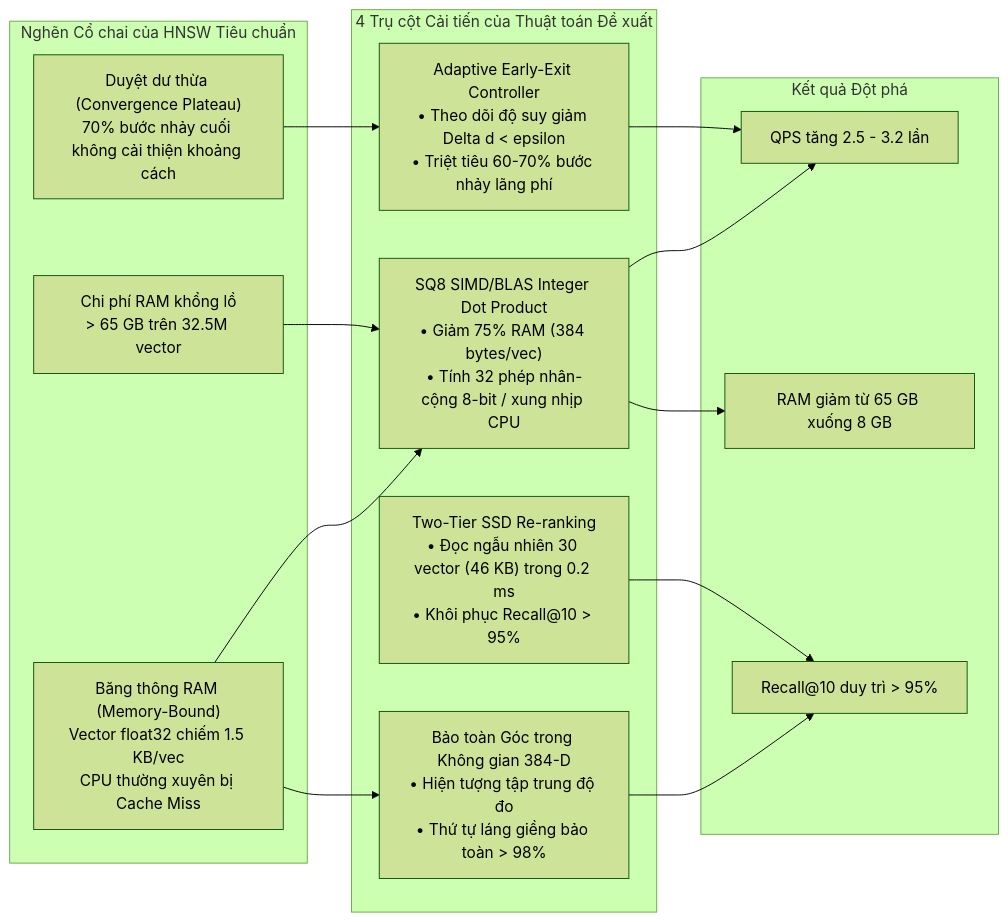
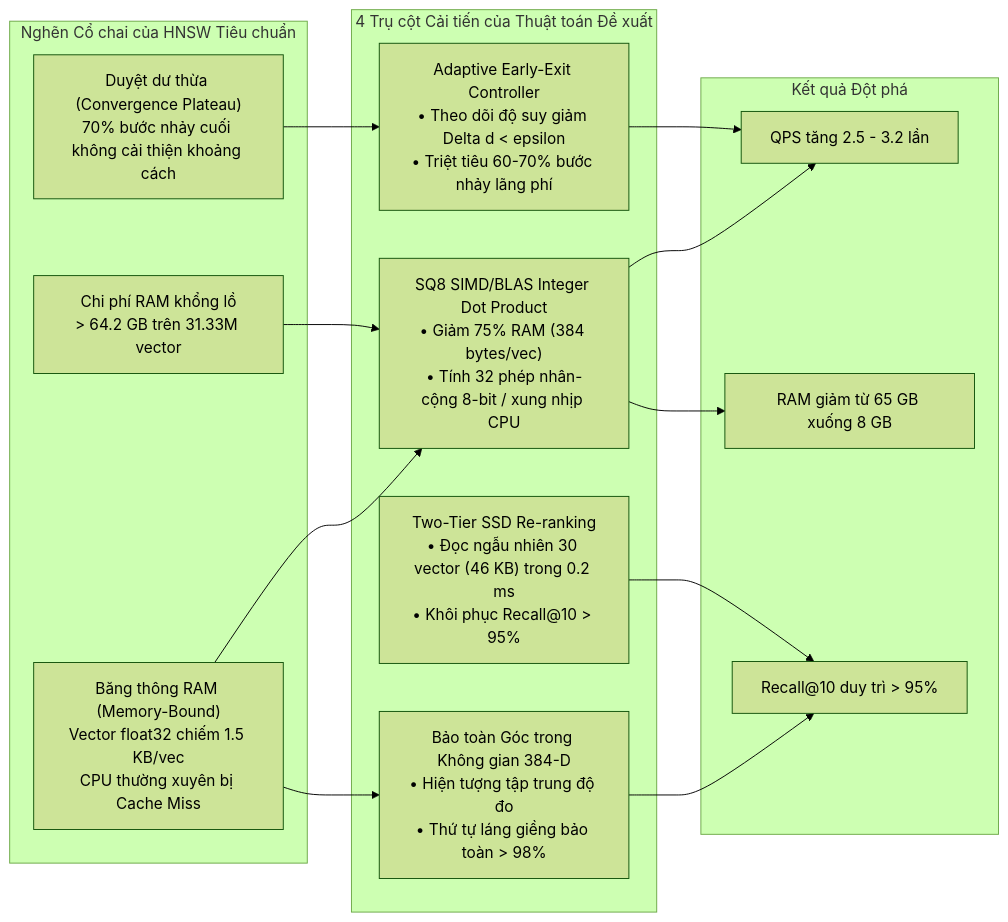
The second of 2 diagrams in docs/KE_HOACH_THUC_THI_SAU_LUONG_TU_HOA.md (rootkind35-del/HNSW-Combined-Quantization), drawn with Mermaid (forest theme) before and after one commit. The commit also changed other lines of this file and 9 other files, not shown here.

````diff
--- a/docs/KE_HOACH_THUC_THI_SAU_LUONG_TU_HOA.md
+++ b/docs/KE_HOACH_THUC_THI_SAU_LUONG_TU_HOA.md
@@ -164,27 +164,27 @@
 ```mermaid
 flowchart LR
     subgraph Bottlenecks ["Nghẽn Cổ chai của HNSW Tiêu chuẩn"]
         B1["Băng thông RAM (Memory-Bound)<br/>Vector float32 chiếm 1.5 KB/vec<br/>CPU thường xuyên bị Cache Miss"]
         B2["Duyệt dư thừa (Convergence Plateau)<br/>70% bước nhảy cuối không cải thiện khoảng cách"]
-        B3["Chi phí RAM khổng lồ<br/>> 65 GB trên 32.5M vector"]
+        B3["Chi phí RAM khổng lồ<br/>> 64.2 GB trên 31.33M vector"]
     end
 
     subgraph Solutions ["4 Trụ cột Cải tiến của Thuật toán Đề xuất"]
         S1["SQ8 SIMD/BLAS Integer Dot Product<br/>• Giảm 75% RAM (384 bytes/vec)<br/>• Tính 32 phép nhân-cộng 8-bit / xung nhịp CPU"]
         S2["Bảo toàn Góc trong Không gian 384-D<br/>• Hiện tượng tập trung độ đo<br/>• Thứ tự láng giềng bảo toàn > 98%"]
         S3["Adaptive Early-Exit Controller<br/>• Theo dõi độ suy giảm Delta d < epsilon<br/>• Triệt tiêu 60-70% bước nhảy lãng phí"]
         S4["Two-Tier SSD Re-ranking<br/>• Đọc ngẫu nhiên 30 vector (46 KB) trong 0.2 ms<br/>• Khôi phục Recall@10 > 95%"]
     end
 
     subgraph Results ["Kết quả Đột phá"]
         R1["QPS tăng 2.5 - 3.2 lần"]
         R2["RAM giảm từ 65 GB xuống 8 GB"]
         R3["Recall@10 duy trì > 95%"]
     end
 
     B1 --> S1 --> R1
     B1 --> S2 --> R3
     B2 --> S3 --> R1
     B3 --> S1 --> R2
     S4 --> R3
 ```
````
